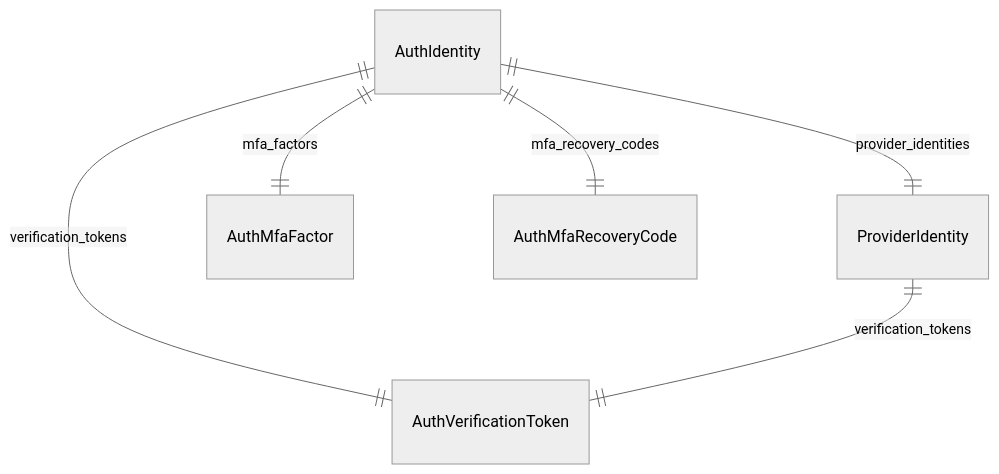
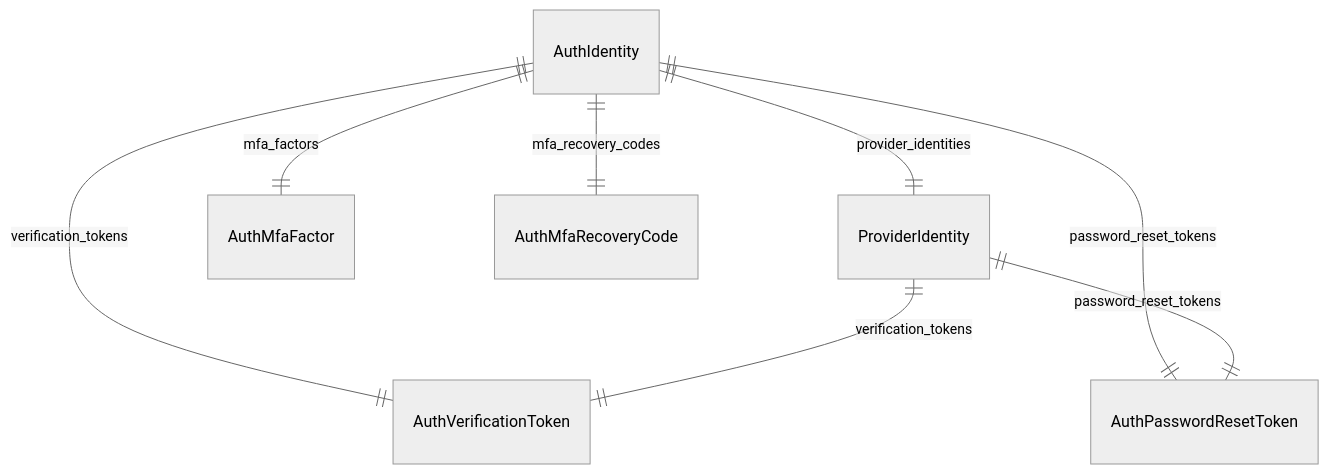
The diagram in www/apps/resources/references/modules/auth_models/page.mdx (medusajs/medusa), drawn with Mermaid (neutral theme) before and after one commit. The commit also changed other lines of this file and 634 other files, not shown here.

````diff
--- a/www/apps/resources/references/modules/auth_models/page.mdx
+++ b/www/apps/resources/references/modules/auth_models/page.mdx
@@ -14,9 +14,11 @@
 ```mermaid
 erDiagram
 	AuthIdentity ||--|| ProviderIdentity : provider_identities
 	AuthIdentity ||--|| AuthMfaFactor : mfa_factors
 	AuthIdentity ||--|| AuthMfaRecoveryCode : mfa_recovery_codes
 	AuthIdentity ||--|| AuthVerificationToken : verification_tokens
+	AuthIdentity ||--|| AuthPasswordResetToken : password_reset_tokens
 	ProviderIdentity ||--|| AuthVerificationToken : verification_tokens
+	ProviderIdentity ||--|| AuthPasswordResetToken : password_reset_tokens
 
 ```
````
